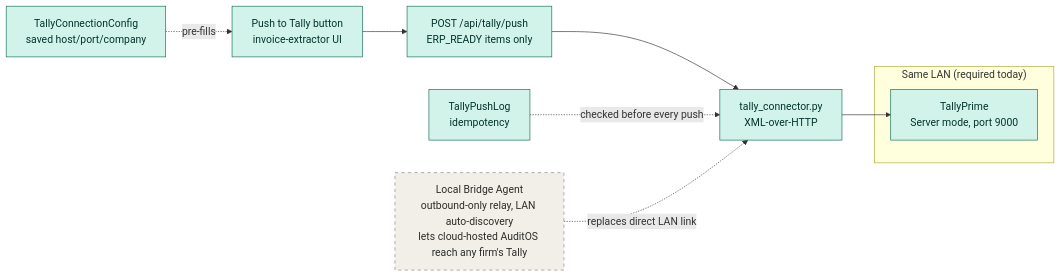
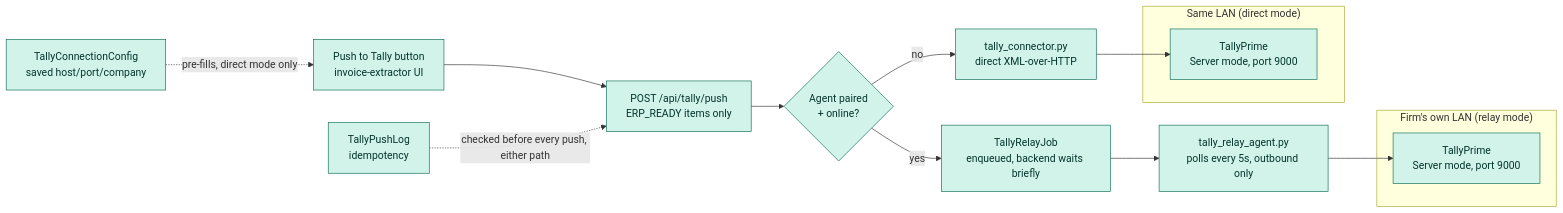
One commit to company-avenue-advisory/AUDITOS changed the first of 3 diagrams in README.md. Above: the diagram before and after it, drawn with Mermaid. The commit also changed other lines of this file and 7 other files, not shown here.

First line of the commit message:
feat: Tally local bridge agent (relay backend + agent script + UI)

````diff
--- a/README.md
+++ b/README.md
@@ -40,17 +56,26 @@
 ```mermaid
 graph LR
     UI["Push to Tally button<br/>invoice-extractor UI"]:::built --> API
-    API["POST /api/tally/push<br/>ERP_READY items only"]:::built --> CONN
-    CONN["tally_connector.py<br/>XML-over-HTTP"]:::built --> TALLY
-    LOG["TallyPushLog<br/>idempotency"]:::built -.->|checked before every push| CONN
-    CFG["TallyConnectionConfig<br/>saved host/port/company"]:::built -.->|pre-fills| UI
+    API["POST /api/tally/push<br/>ERP_READY items only"]:::built --> ROUTE
+    ROUTE{"Agent paired<br/>+ online?"}:::built
+    ROUTE -->|no| CONN
+    ROUTE -->|yes| RELAYJOB
 
-    subgraph LAN["Same LAN (required today)"]
-        TALLY["TallyPrime<br/>Server mode, port 9000"]:::built
+    CONN["tally_connector.py<br/>direct XML-over-HTTP"]:::built --> TALLY_LAN
+    LOG["TallyPushLog<br/>idempotency"]:::built -.->|checked before every push, either path| API
+    CFG["TallyConnectionConfig<br/>saved host/port/company"]:::built -.->|pre-fills, direct mode only| UI
+
+    RELAYJOB["TallyRelayJob<br/>enqueued, backend waits briefly"]:::built --> POLL
+    POLL["tally_relay_agent.py<br/>polls every 5s, outbound only"]:::built --> TALLY_REMOTE
+
+    subgraph LAN1["Same LAN (direct mode)"]
+        TALLY_LAN["TallyPrime<br/>Server mode, port 9000"]:::built
     end
 
-    BRIDGE["Local Bridge Agent<br/>outbound-only relay, LAN auto-discovery<br/>lets cloud-hosted AuditOS reach any firm's Tally"]:::planned -.->|replaces direct LAN link| CONN
+    subgraph LAN2["Firm's own LAN (relay mode)"]
+        TALLY_REMOTE["TallyPrime<br/>Server mode, port 9000"]:::built
+    end
 
     classDef built fill:#d1f3ea,stroke:#0f6e56,color:#04342c
     classDef planned fill:#f1efe8,stroke:#888780,color:#2c2c2a,stroke-dasharray: 5 5
 ```
````
